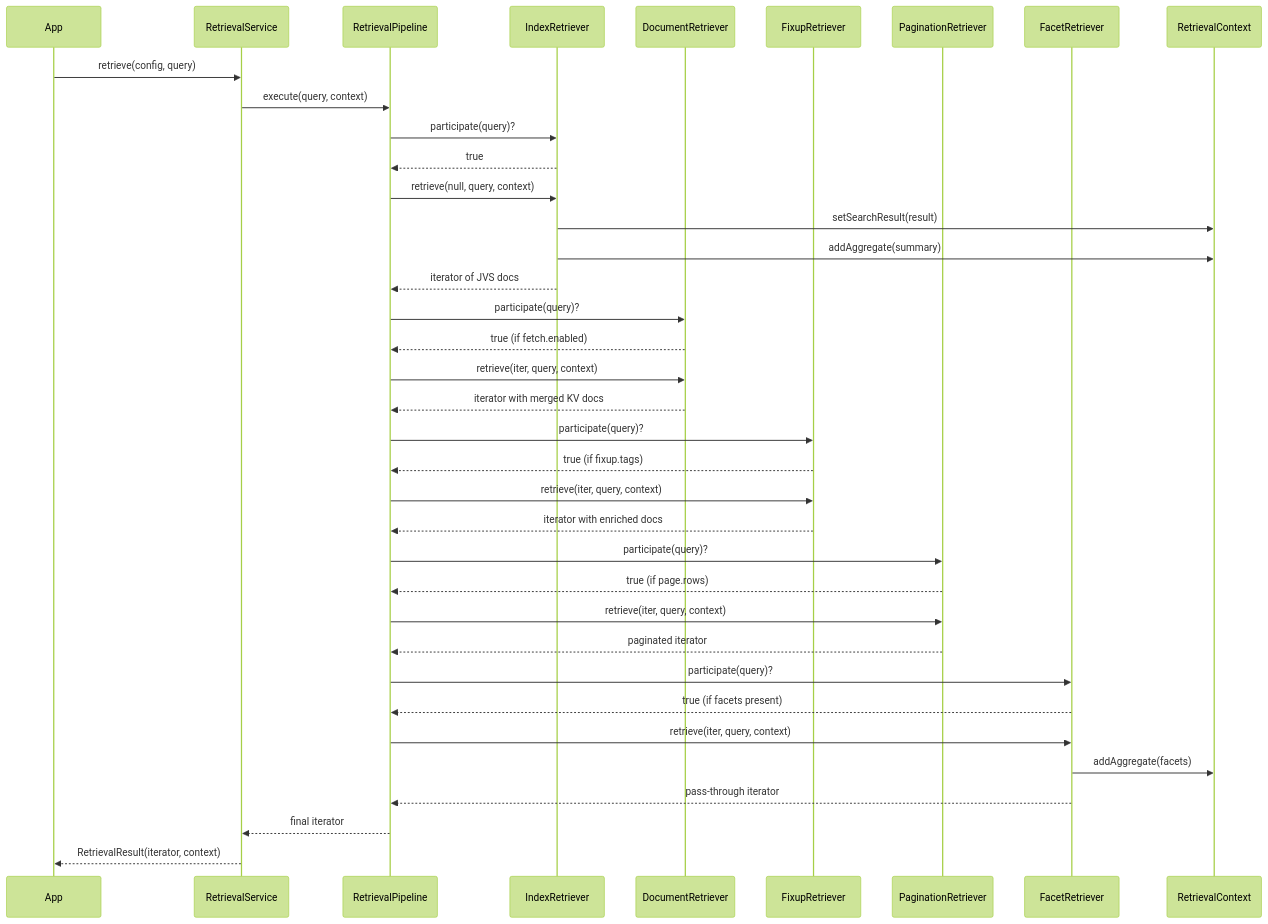
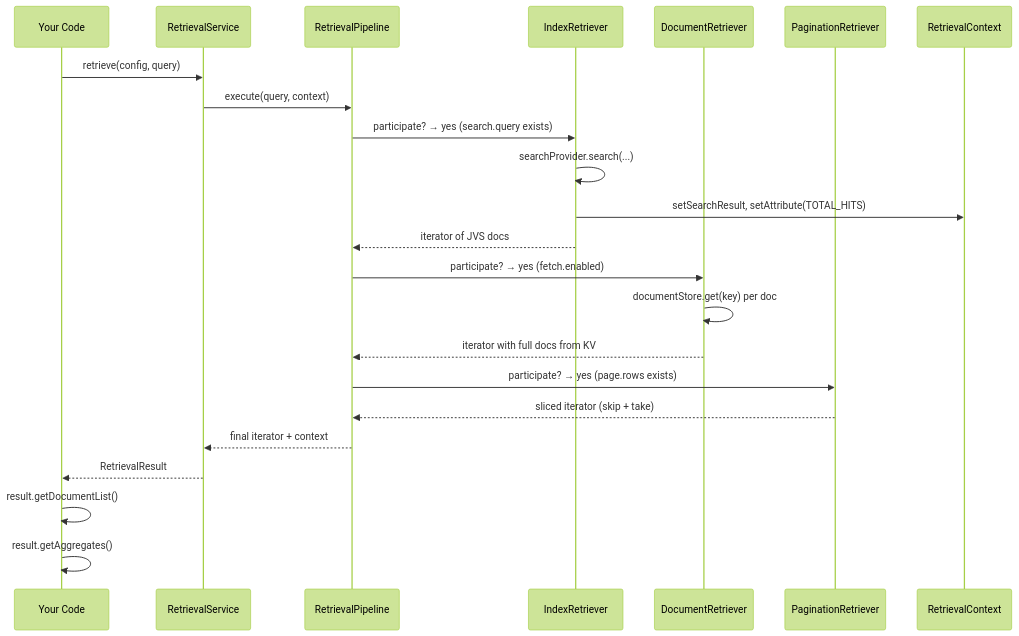
Before and after one commit to geekychris/hitorro-retrieval: the second of 5 diagrams in README.md, drawn with Mermaid (forest theme). The commit also changed other lines of this file and 39 other files, not shown here.

````diff
--- a/README.md
+++ b/README.md
@@ -160,46 +148,30 @@
 ```mermaid
 sequenceDiagram
-    participant App
-    participant Service as RetrievalService
-    participant Pipeline as RetrievalPipeline
+    participant App as Your Code
+    participant Svc as RetrievalService
+    participant Pipe as RetrievalPipeline
     participant IR as IndexRetriever
     participant DR as DocumentRetriever
-    participant FR as FixupRetriever
     participant PR as PaginationRetriever
-    participant FaR as FacetRetriever
-    participant Context as RetrievalContext
+    participant Ctx as RetrievalContext
 
-    App->>Service: retrieve(config, query)
-    Service->>Pipeline: execute(query, context)
+    App->>Svc: retrieve(config, query)
+    Svc->>Pipe: execute(query, context)
+    
+    Pipe->>IR: participate? → yes (search.query exists)
+    IR->>IR: searchProvider.search(...)
+    IR->>Ctx: setSearchResult, setAttribute(TOTAL_HITS)
+    IR-->>Pipe: iterator of JVS docs
 
-    Pipeline->>IR: participate(query)?
-    IR-->>Pipeline: true
-    Pipeline->>IR: retrieve(null, query, context)
-    IR->>Context: setSearchResult(result)
-    IR->>Context: addAggregate(summary)
-    IR-->>Pipeline: iterator of JVS docs
+    Pipe->>DR: participate? → yes (fetch.enabled)
+    DR->>DR: documentStore.get(key) per doc
+    DR-->>Pipe: iterator with full docs from KV
 
-    Pipeline->>DR: participate(query)?
-    DR-->>Pipeline: true (if fetch.enabled)
-    Pipeline->>DR: retrieve(iter, query, context)
-    DR-->>Pipeline: iterator with merged KV docs
+    Pipe->>PR: participate? → yes (page.rows exists)
+    PR-->>Pipe: sliced iterator (skip + take)
 
-    Pipeline->>FR: participate(query)?
-    FR-->>Pipeline: true (if fixup.tags)
-    Pipeline->>FR: retrieve(iter, query, context)
-    FR-->>Pipeline: iterator with enriched docs
-
-    Pipeline->>PR: participate(query)?
-    PR-->>Pipeline: true (if page.rows)
-    Pipeline->>PR: retrieve(iter, query, context)
-    PR-->>Pipeline: paginated iterator
-
-    Pipeline->>FaR: participate(query)?
-    FaR-->>Pipeline: true (if facets present)
-    Pipeline->>FaR: retrieve(iter, query, context)
-    FaR->>Context: addAggregate(facets)
-    FaR-->>Pipeline: pass-through iterator
-
-    Pipeline-->>Service: final iterator
-    Service-->>App: RetrievalResult(iterator, context)
+    Pipe-->>Svc: final iterator + context
+    Svc-->>App: RetrievalResult
+    App->>App: result.getDocumentList()
+    App->>App: result.getAggregates()
 ```
````
